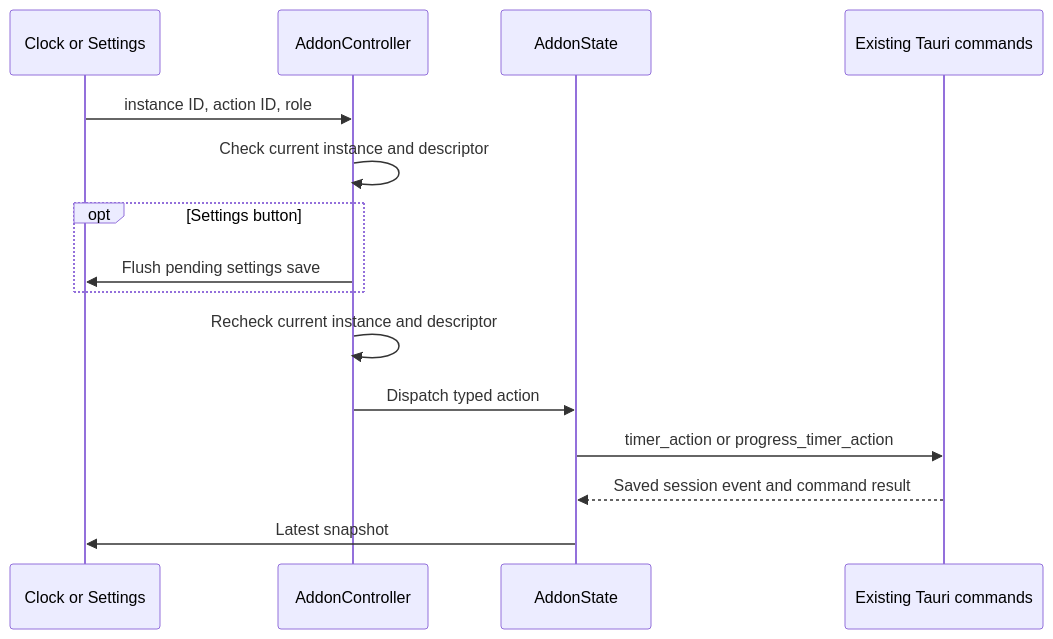
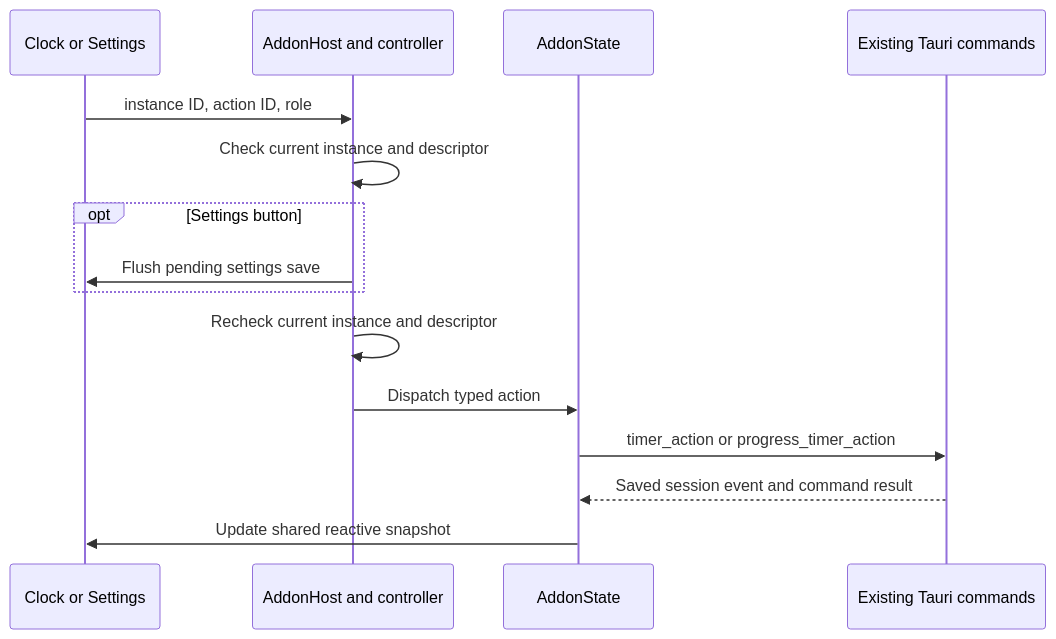
One commit to tbkmax/TopClock changed the second of 2 diagrams in src/addons/doc/workflow_diagram.md. Above: the diagram before and after it, drawn with Mermaid. The commit also changed other lines of this file and 42 other files, not shown here.

Commit message:
fix(add-on): fix add-on architecture error

````diff
--- a/src/addons/doc/workflow_diagram.md
+++ b/src/addons/doc/workflow_diagram.md
@@ -39,17 +49,17 @@
 ```mermaid
 sequenceDiagram
     participant UI as Clock or Settings
-    participant Host as AddonController
+    participant Host as AddonHost and controller
     participant State as AddonState
     participant Rust as Existing Tauri commands
     UI->>Host: instance ID, action ID, role
     Host->>Host: Check current instance and descriptor
     opt Settings button
         Host->>UI: Flush pending settings save
     end
     Host->>Host: Recheck current instance and descriptor
     Host->>State: Dispatch typed action
     State->>Rust: timer_action or progress_timer_action
     Rust-->>State: Saved session event and command result
-    State->>UI: Latest snapshot
+    State->>UI: Update shared reactive snapshot
 ```
````
